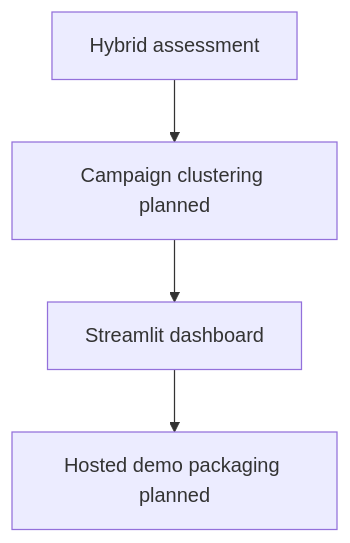
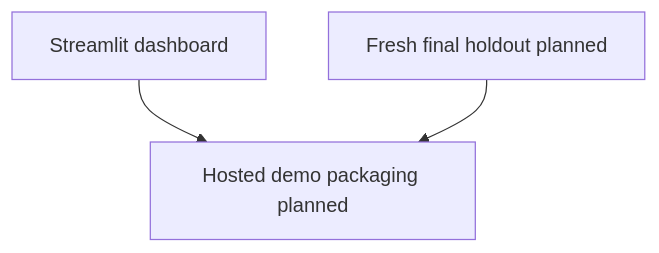
Before and after one commit to ConquestorYa/threatfusion-ai: the sixth of 6 diagrams in docs/ARCHITECTURE.md, drawn with Mermaid. The commit also changed other lines of this file, not shown here.

Commit message:
docs: add related-activity architecture

````diff
--- a/docs/ARCHITECTURE.md
+++ b/docs/ARCHITECTURE.md
@@ -88,6 +103,5 @@
 ```mermaid
 flowchart TD
-    Hybrid[Hybrid assessment] --> Cluster[Campaign clustering planned]
-    Cluster --> Dashboard[Streamlit dashboard]
-    Dashboard --> Hosted[Hosted demo packaging planned]
+    Dashboard[Streamlit dashboard] --> Hosted[Hosted demo packaging planned]
+    Eval[Fresh final holdout planned] --> Hosted
 ```
````
